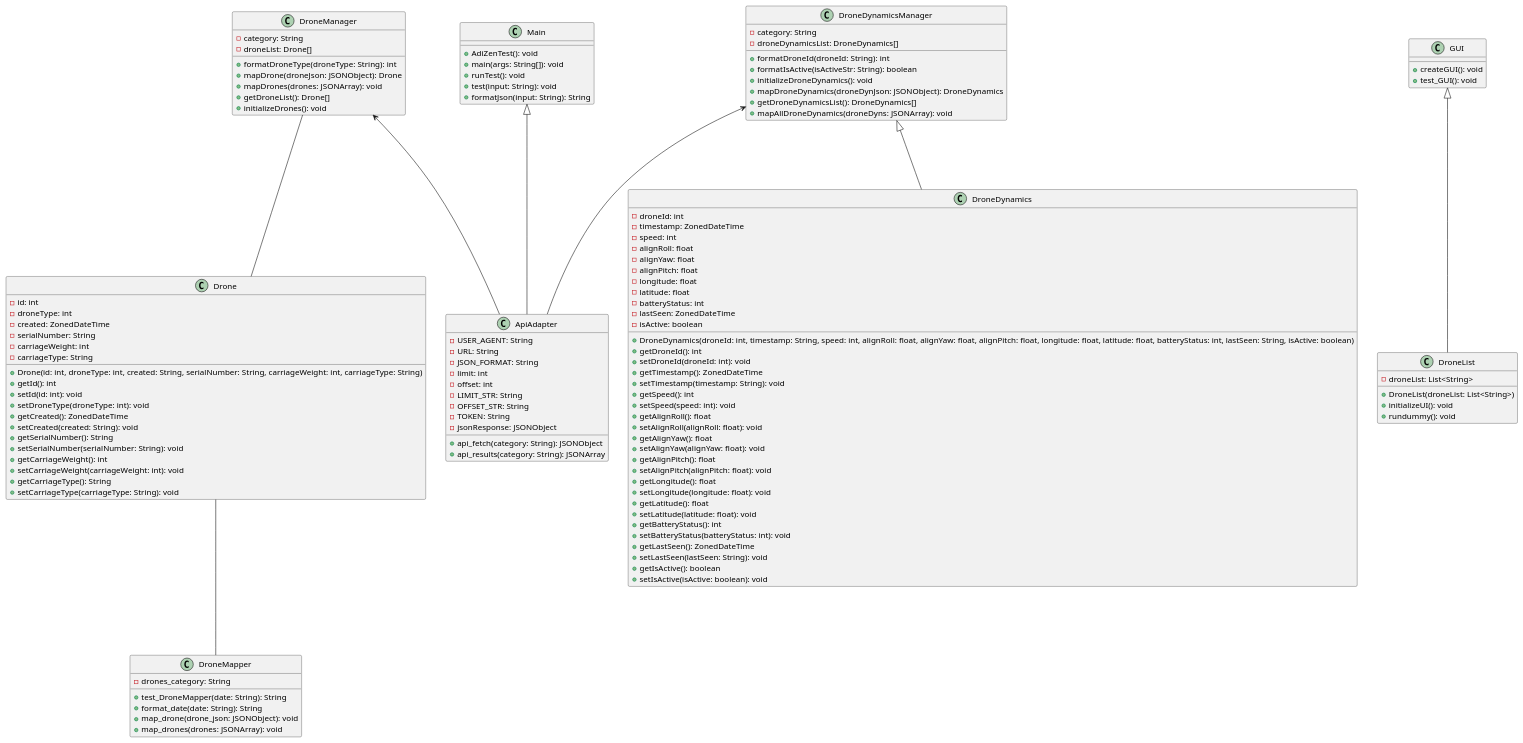
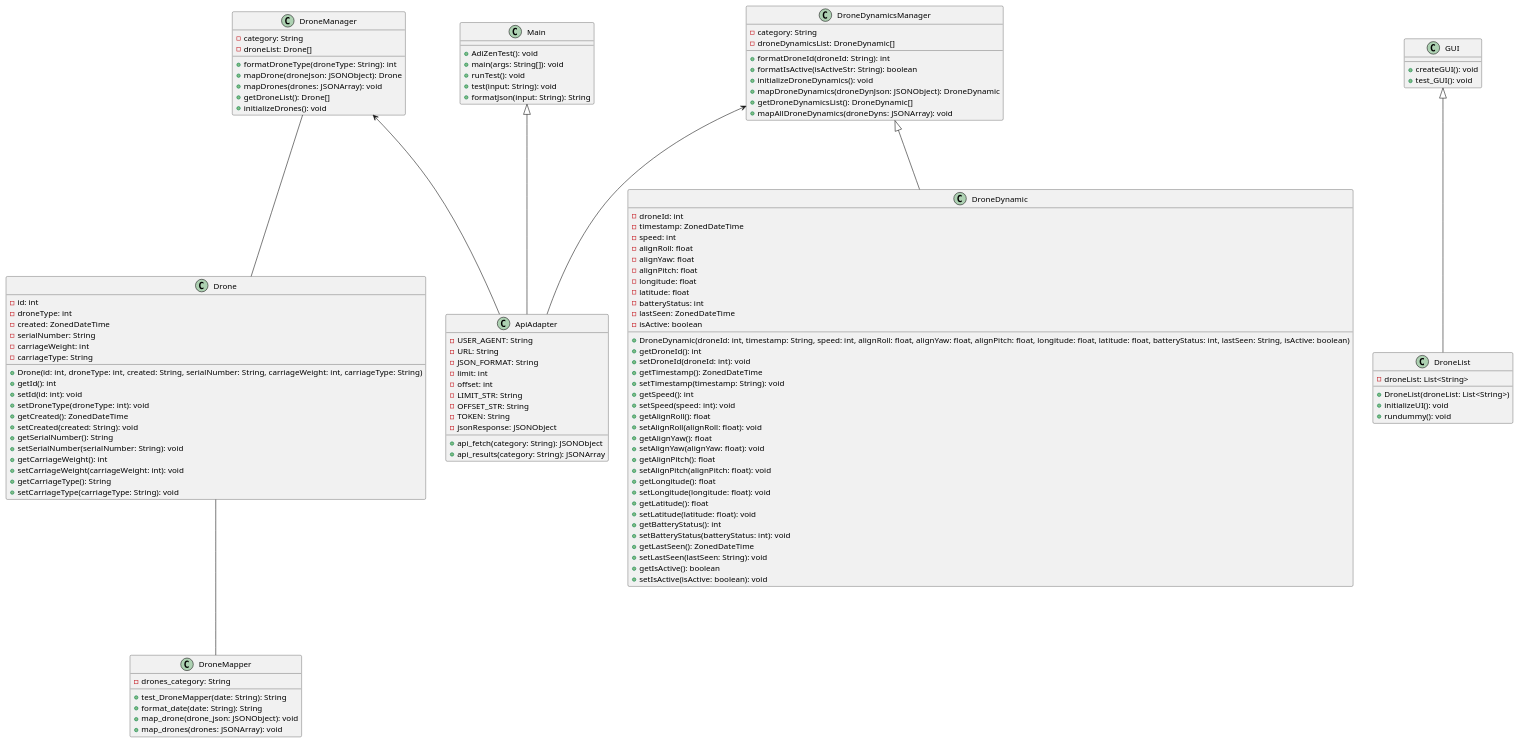
One commit to VicCislari/DroneGUI changed the diagram in Documentation/classdiagramm.puml. Above: the diagram before and after it, drawn with PlantUML. The commit also changed 8 other files, not shown here.

```diff
--- a/Documentation/classdiagramm.puml
+++ b/Documentation/classdiagramm.puml
@@ -1,139 +1,139 @@
 @startuml
 
 class Drone {
     -id: int
     -droneType: int
     -created: ZonedDateTime
     -serialNumber: String
     -carriageWeight: int
     -carriageType: String
 
     +Drone(id: int, droneType: int, created: String, serialNumber: String, carriageWeight: int, carriageType: String)
     +getId(): int
     +setId(id: int): void
     +setDroneType(droneType: int): void
     +getCreated(): ZonedDateTime
     +setCreated(created: String): void
     +getSerialNumber(): String
     +setSerialNumber(serialNumber: String): void
     +getCarriageWeight(): int
     +setCarriageWeight(carriageWeight: int): void
     +getCarriageType(): String
     +setCarriageType(carriageType: String): void
 }
 
-class DroneDynamics {
+class DroneDynamic {
     -droneId: int
     -timestamp: ZonedDateTime
     -speed: int
     -alignRoll: float
     -alignYaw: float
     -alignPitch: float
     -longitude: float
     -latitude: float
     -batteryStatus: int
     -lastSeen: ZonedDateTime
     -isActive: boolean
 
-    +DroneDynamics(droneId: int, timestamp: String, speed: int, alignRoll: float, alignYaw: float, alignPitch: float, longitude: float, latitude: float, batteryStatus: int, lastSeen: String, isActive: boolean)
+    +DroneDynamic(droneId: int, timestamp: String, speed: int, alignRoll: float, alignYaw: float, alignPitch: float, longitude: float, latitude: float, batteryStatus: int, lastSeen: String, isActive: boolean)
     +getDroneId(): int
     +setDroneId(droneId: int): void
     +getTimestamp(): ZonedDateTime
     +setTimestamp(timestamp: String): void
     +getSpeed(): int
     +setSpeed(speed: int): void
     +getAlignRoll(): float
     +setAlignRoll(alignRoll: float): void
     +getAlignYaw(): float
     +setAlignYaw(alignYaw: float): void
     +getAlignPitch(): float
     +setAlignPitch(alignPitch: float): void
     +getLongitude(): float
     +setLongitude(longitude: float): void
     +getLatitude(): float
     +setLatitude(latitude: float): void
     +getBatteryStatus(): int
     +setBatteryStatus(batteryStatus: int): void
     +getLastSeen(): ZonedDateTime
     +setLastSeen(lastSeen: String): void
     +getIsActive(): boolean
     +setIsActive(isActive: boolean): void
 }
 
 class DroneManager {
     -category: String
     -droneList: Drone[]
 
     +formatDroneType(droneType: String): int
     +mapDrone(droneJson: JSONObject): Drone
     +mapDrones(drones: JSONArray): void
     +getDroneList(): Drone[]
     +initializeDrones(): void
 }
 
 class DroneDynamicsManager {
     -category: String
-    -droneDynamicsList: DroneDynamics[]
+    -droneDynamicsList: DroneDynamic[]
 
     +formatDroneId(droneId: String): int
     +formatIsActive(isActiveStr: String): boolean
     +initializeDroneDynamics(): void
-    +mapDroneDynamics(droneDynJson: JSONObject): DroneDynamics
-    +getDroneDynamicsList(): DroneDynamics[]
+    +mapDroneDynamics(droneDynJson: JSONObject): DroneDynamic
+    +getDroneDynamicsList(): DroneDynamic[]
     +mapAllDroneDynamics(droneDyns: JSONArray): void
 }
 
 class GUI {
     +createGUI(): void
     +test_GUI(): void
 }
 
 class DroneList {
     -droneList: List<String>
 
     +DroneList(droneList: List<String>)
     +initializeUI(): void
     +rundummy(): void
 }
 
 class ApiAdapter {
     -USER_AGENT: String
     -URL: String
     -JSON_FORMAT: String
     -limit: int
     -offset: int
     -LIMIT_STR: String
     -OFFSET_STR: String
     -TOKEN: String
     -jsonResponse: JSONObject
 
     +api_fetch(category: String): JSONObject
     +api_results(category: String): JSONArray
 }
 
 class DroneMapper {
     -drones_category: String
 
     +test_DroneMapper(date: String): String
     +format_date(date: String): String
     +map_drone(drone_json: JSONObject): void
     +map_drones(drones: JSONArray): void
 }
 
 class Main {
     +AdiZenTest(): void
     +main(args: String[]): void
     +runTest(): void
     +test(input: String): void
     +formatJson(input: String): String
 }
 
 DroneManager <--- ApiAdapter
 DroneManager --- Drone
 DroneDynamicsManager <--- ApiAdapter
-DroneDynamicsManager <|--- DroneDynamics
+DroneDynamicsManager <|--- DroneDynamic
 
 Main <|--- ApiAdapter
 Drone --- DroneMapper
 GUI <|--- DroneList
 @enduml
```
